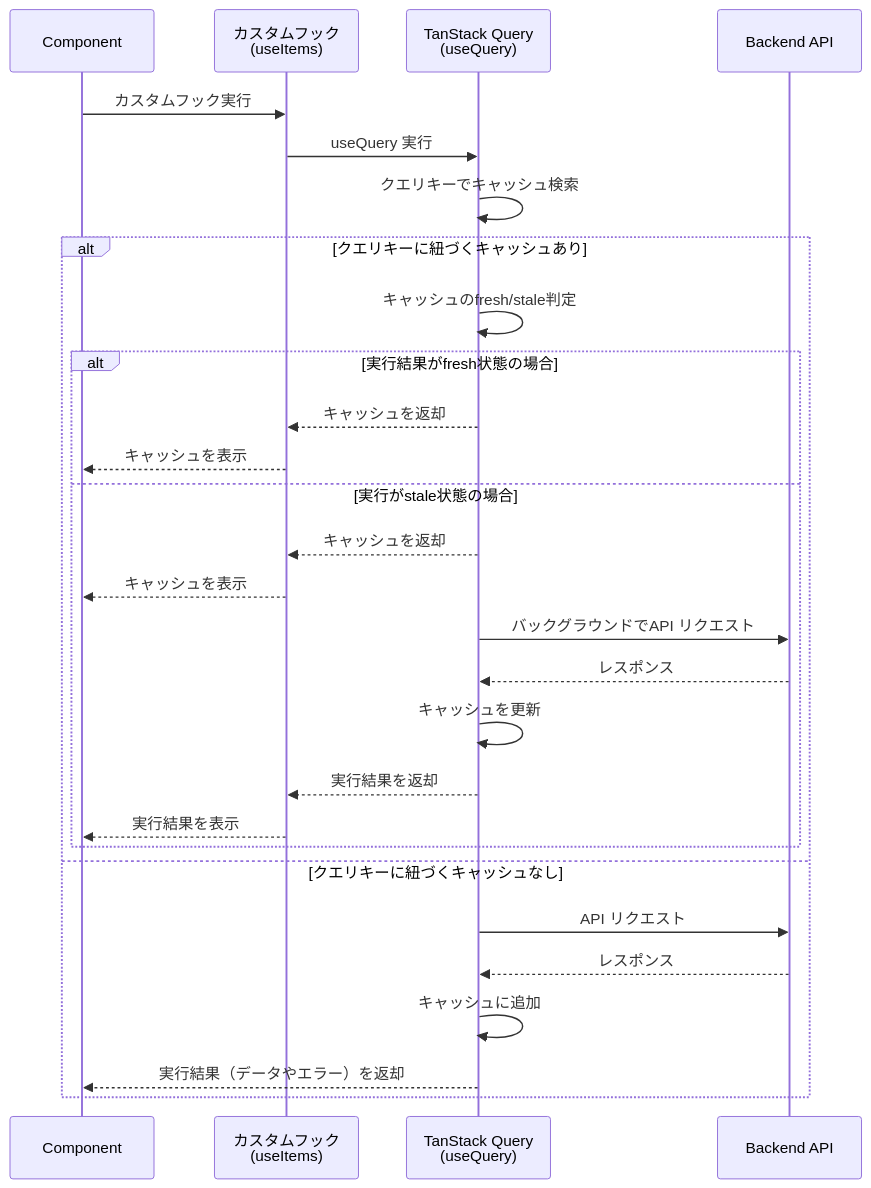
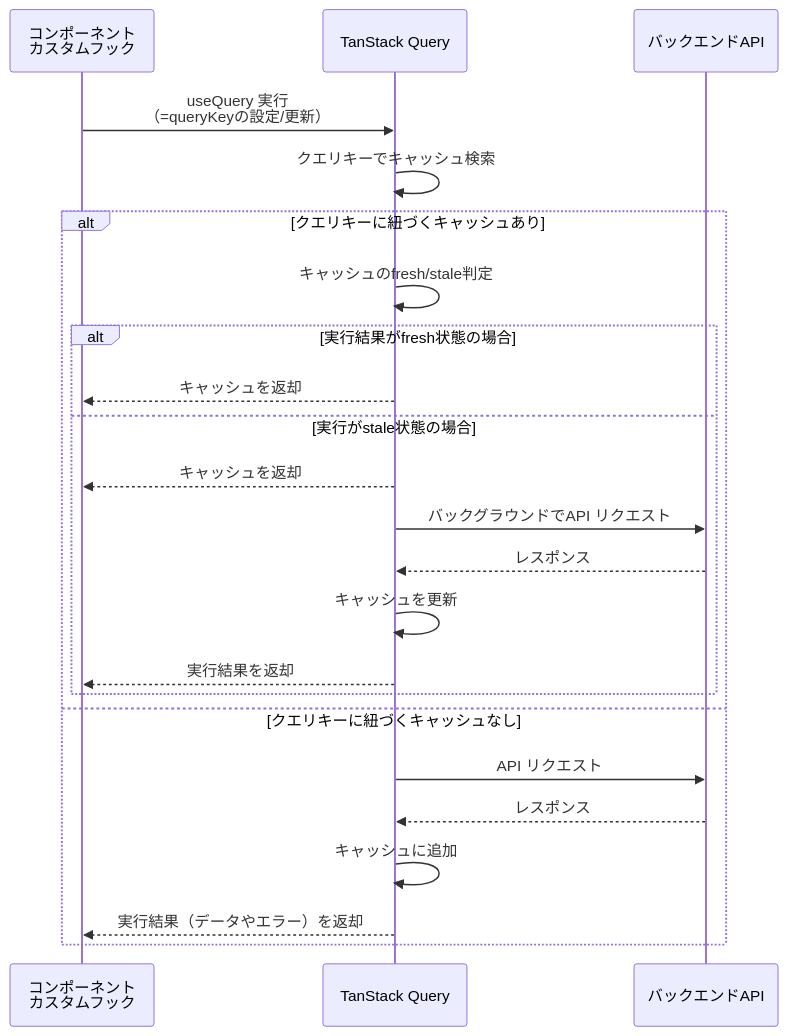
One commit to daisuke0412/react-sample changed the first of 4 diagrams in docs/guide/7.TanstackQuery.md. Above: the diagram before and after it, drawn with Mermaid. The commit also changed other lines of this file and 10 other files, not shown here.

```diff
--- a/docs/guide/7.TanstackQuery.md
+++ b/docs/guide/7.TanstackQuery.md
@@ -121,31 +166,26 @@
 ::: mermaid
 sequenceDiagram
-  participant Component
-  participant Hook as カスタムフック<br>(useItems)
-  participant TQ as TanStack Query<br>(useQuery)
-  participant API as Backend API
+  participant Component as コンポーネント<br>カスタムフック
+  participant TQ as TanStack Query
+  participant API as バックエンドAPI
 
-  Component->>Hook: カスタムフック実行
-  Hook->>TQ: useQuery 実行
+  Component->>TQ: useQuery 実行<br>（=queryKeyの設定/更新）
   TQ->>TQ: クエリキーでキャッシュ検索
   alt クエリキーに紐づくキャッシュあり
     TQ->>TQ: キャッシュのfresh/stale判定
     alt 実行結果がfresh状態の場合
-      TQ-->>Hook: キャッシュを返却
-      Hook-->>Component: キャッシュを表示
+      TQ-->>Component: キャッシュを返却
     else 実行がstale状態の場合
-      TQ-->>Hook: キャッシュを返却
-      Hook-->>Component: キャッシュを表示
+      TQ-->>Component: キャッシュを返却
       TQ->>API: バックグラウンドでAPI リクエスト
       API-->>TQ: レスポンス
       TQ->>TQ: キャッシュを更新
-      TQ-->>Hook: 実行結果を返却
-      Hook-->>Component: 実行結果を表示
+      TQ-->>Component: 実行結果を返却
     end
   else クエリキーに紐づくキャッシュなし
     TQ->>API: API リクエスト
     API-->>TQ: レスポンス
     TQ->>TQ: キャッシュに追加
     TQ-->>Component: 実行結果（データやエラー）を返却
   end
 :::
```
